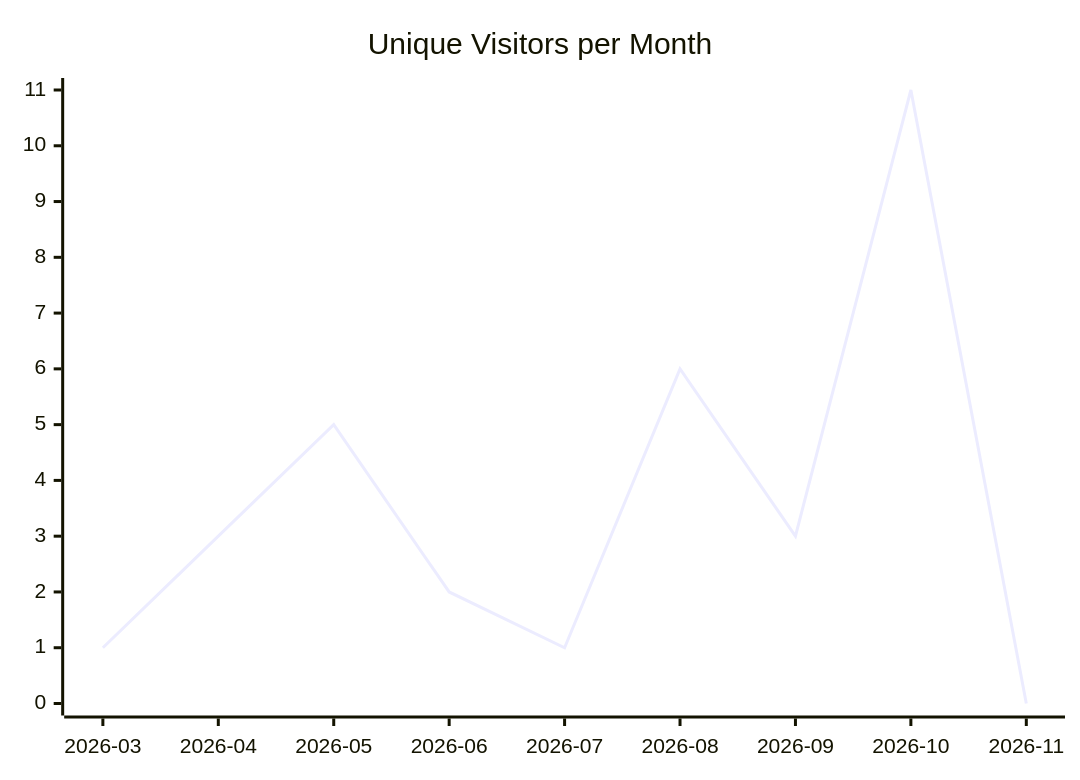
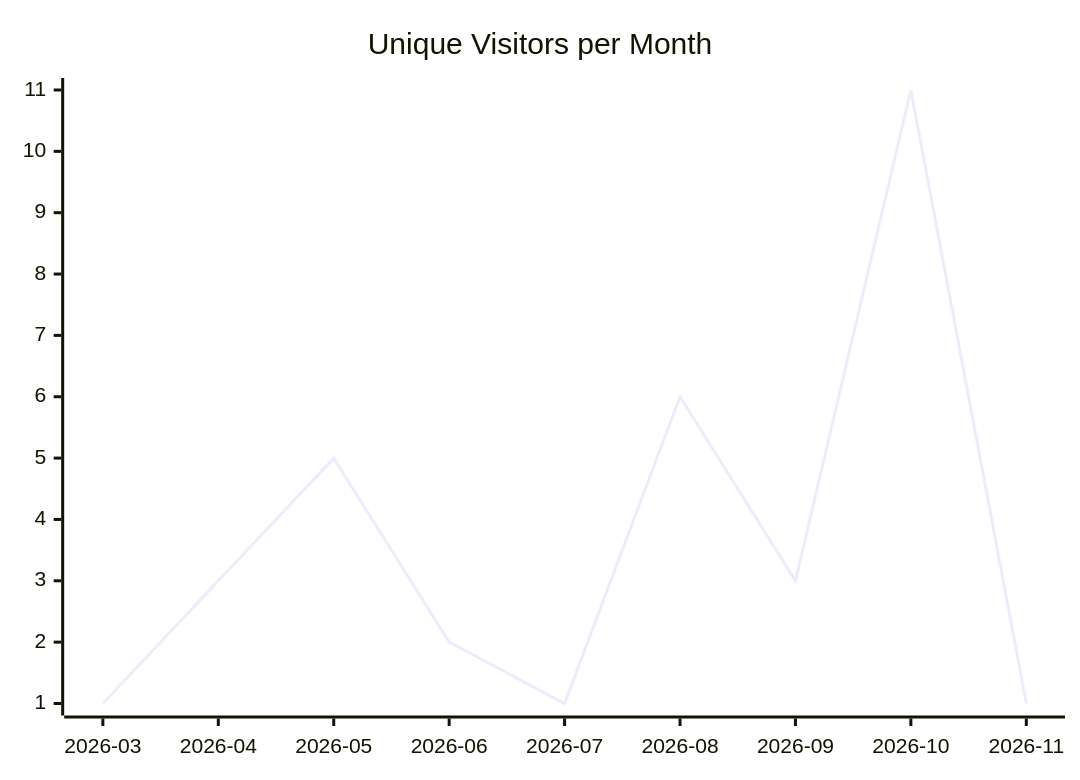
One commit to justdavis-family/github-analytics-data changed the first of 3 diagrams in justdavis-family/justdavis/README.md. Above: the diagram before and after it, drawn with Mermaid. The commit also changed other lines of this file and 188 other files, not shown here.

````diff
--- a/justdavis-family/justdavis/README.md
+++ b/justdavis-family/justdavis/README.md
@@ -5,6 +5,6 @@
 ```mermaid
 xychart-beta
   title "Unique Visitors per Month"
   x-axis ["2026-03", "2026-04", "2026-05", "2026-06", "2026-07", "2026-08", "2026-09", "2026-10", "2026-11"]
-  line [1, 3, 5, 2, 1, 6, 3, 11, 0]
+  line [1, 3, 5, 2, 1, 6, 3, 11, 1]
 ```
````
